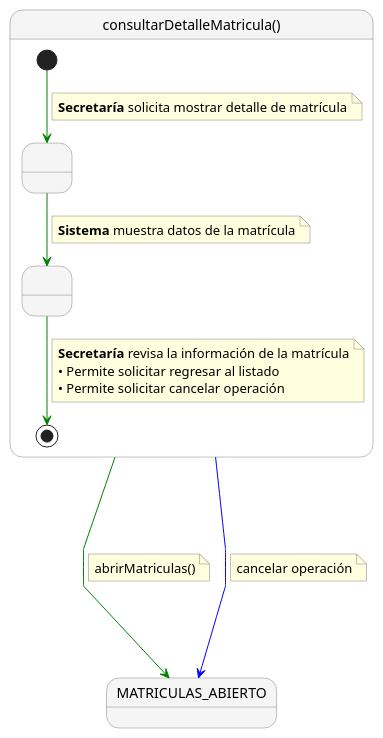
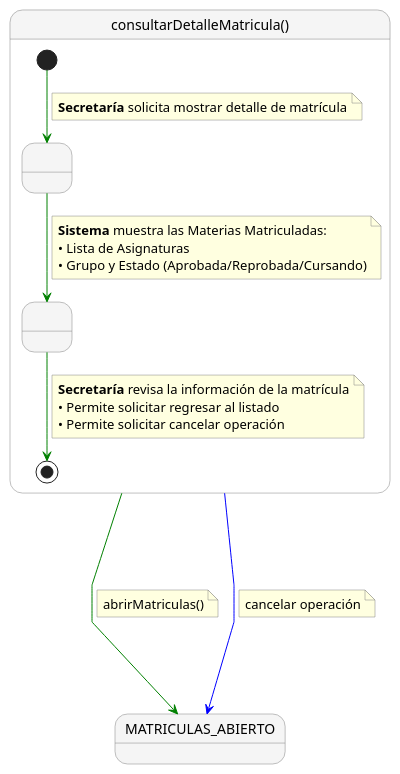
The diagram in documents/CasosDeUso/DetalladoCasosDeUso/Secretaria/consultarDetalleMatricula.puml (enmabry/25-26-IdSw1-SdR), drawn with PlantUML before and after one commit. The commit also changed 72 other files, not shown here.

Commit message:
Cambios cruciales en los casos de uso, su detallado, y se agrego un diagrama de contexto en formato "dashboard"

```diff
--- a/documents/CasosDeUso/DetalladoCasosDeUso/Secretaria/consultarDetalleMatricula.puml
+++ b/documents/CasosDeUso/DetalladoCasosDeUso/Secretaria/consultarDetalleMatricula.puml
@@ -1,44 +1,46 @@
 @startuml
 skinparam nodesep 60
 skinparam ranksep 60
 skinparam linetype polyline
 skinparam NoteBackgroundColor lightyellow
 skinparam NoteBorderColor gray
 skinparam StateBackgroundColor #F5F5F5
 skinparam StateBorderColor gray
 
 state "consultarDetalleMatricula()" as consultarDetalleMatricula {
    
     state " " as Paso1
     state " " as Paso2
    
     [*] -[#green]-> Paso1
     note on link
       <b>Secretaría</b> solicita mostrar detalle de matrícula
     end note
    
     Paso1 -[#green]-> Paso2
     note on link
-      <b>Sistema</b> muestra datos de la matrícula
+      <b>Sistema</b> muestra las Materias Matriculadas:
+      • Lista de Asignaturas
+      • Grupo y Estado (Aprobada/Reprobada/Cursando)
     end note
    
     Paso2 -[#green]-> [*]
     note on link
       <b>Secretaría</b> revisa la información de la matrícula
       • Permite solicitar regresar al listado
       • Permite solicitar cancelar operación
     end note
 }
 
 state "MATRICULAS_ABIERTO" as MATRICULAS_ABIERTO
 
 consultarDetalleMatricula -[#green]---> MATRICULAS_ABIERTO
 note right on link
   abrirMatriculas()
 end note
 
 consultarDetalleMatricula -[#blue]---> MATRICULAS_ABIERTO
 note right on link
   cancelar operación
 end note
 @enduml
```
